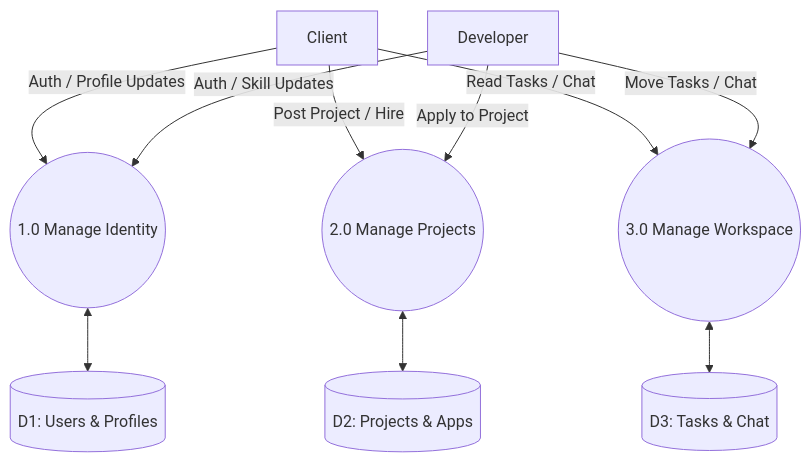
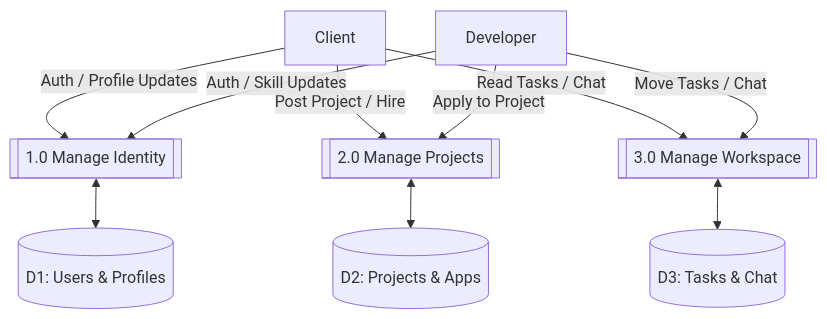
One commit to qhmed67/ReadmeTest changed the third of 5 diagrams in README.md. Above: the diagram before and after it, drawn with Mermaid. The commit also changed other lines of this file, not shown here.

````diff
--- a/README.md
+++ b/README.md
@@ -115,25 +115,25 @@
 ```mermaid
 flowchart TB
     C[Client]
     D[Developer]
 
-    P1((1.0 Manage Identity))
-    P2((2.0 Manage Projects))
-    P3((3.0 Manage Workspace))
+    P1[[1.0 Manage Identity]]
+    P2[[2.0 Manage Projects]]
+    P3[[3.0 Manage Workspace]]
 
     D1[(D1: Users & Profiles)]
     D2[(D2: Projects & Apps)]
     D3[(D3: Tasks & Chat)]
 
     C -- "Auth / Profile Updates" --> P1
     C -- "Post Project / Hire" --> P2
     C -- "Read Tasks / Chat" --> P3
 
     D -- "Auth / Skill Updates" --> P1
     D -- "Apply to Project" --> P2
     D -- "Move Tasks / Chat" --> P3
 
     P1 <--> D1
     P2 <--> D2
     P3 <--> D3
 ```
````
